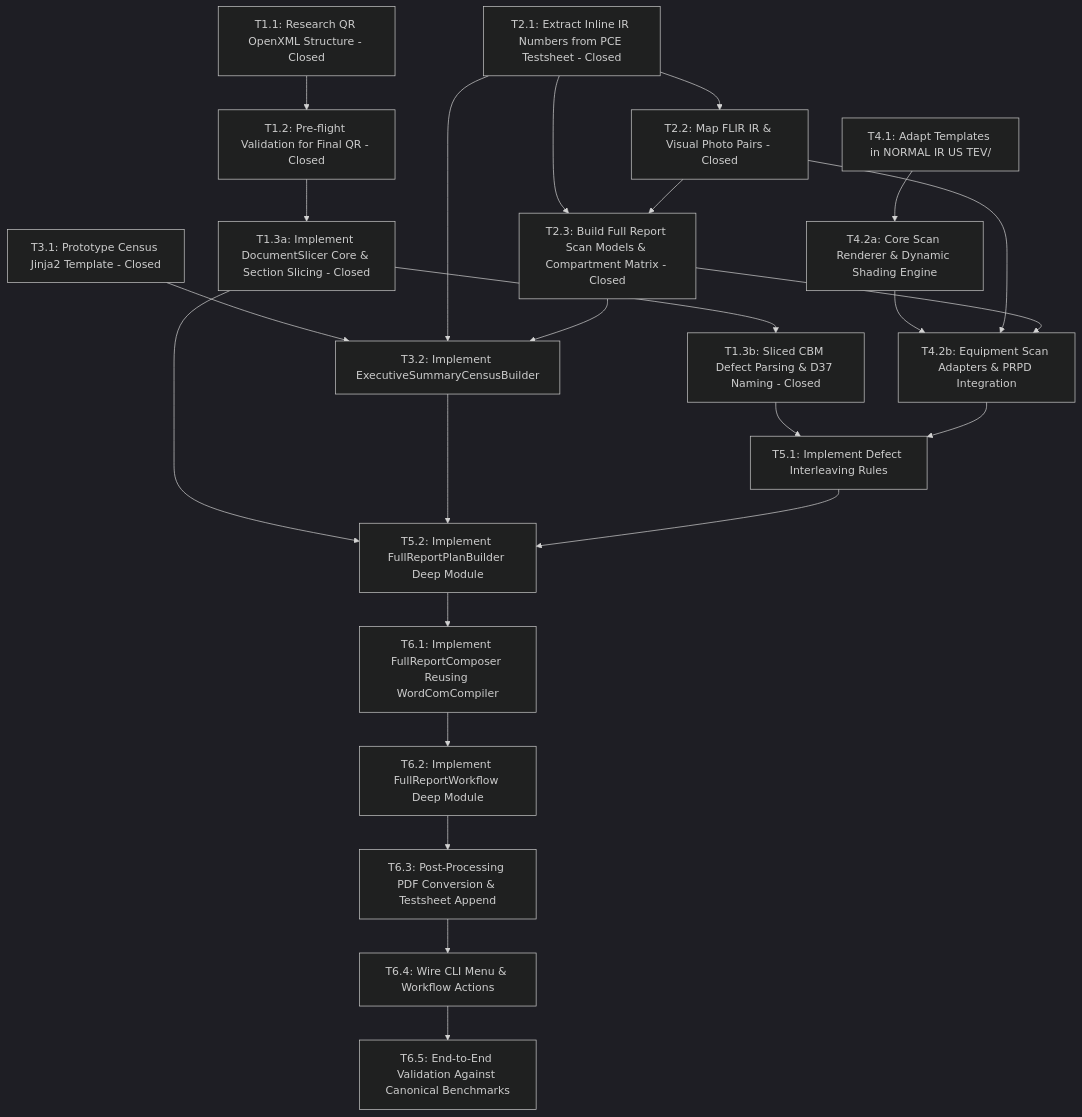
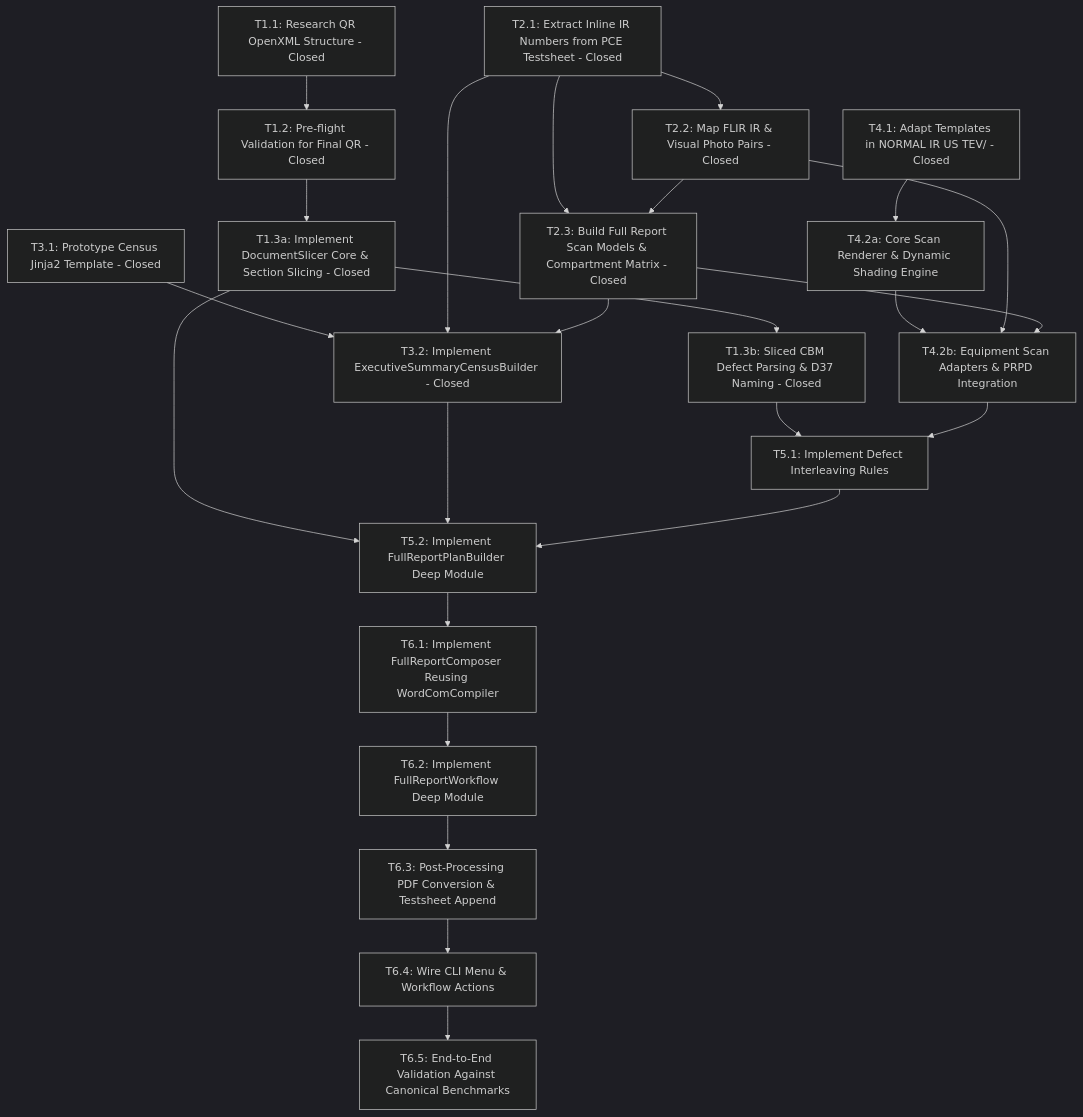
Before and after one commit to adamlarGit/pahang-cli: the diagram in .wayfinder/full-report-map/github-map-body.md, drawn with Mermaid (dark theme). The commit also changed other lines of this file and 13 other files, not shown here.

First line of the commit message:
feat(full-report): adapt component scanning templates (#29)

````diff
--- a/.wayfinder/full-report-map/github-map-body.md
+++ b/.wayfinder/full-report-map/github-map-body.md
@@ -126,32 +126,32 @@
 ```mermaid
 graph TD
     T1_1[T1.1: Research QR OpenXML Structure - Closed] --> T1_2[T1.2: Pre-flight Validation for Final QR - Closed]
     T1_2 --> T1_3a[T1.3a: Implement DocumentSlicer Core & Section Slicing - Closed]
     T1_3a --> T1_3b[T1.3b: Sliced CBM Defect Parsing & D37 Naming - Closed]
     
     T2_1[T2.1: Extract Inline IR Numbers from PCE Testsheet - Closed] --> T2_2[T2.2: Map FLIR IR & Visual Photo Pairs - Closed]
     T2_1 --> T2_3[T2.3: Build Full Report Scan Models & Compartment Matrix - Closed]
     T2_2 --> T2_3
     
-    T3_1[T3.1: Prototype Census Jinja2 Template - Closed] --> T3_2[T3.2: Implement ExecutiveSummaryCensusBuilder]
+    T3_1[T3.1: Prototype Census Jinja2 Template - Closed] --> T3_2[T3.2: Implement ExecutiveSummaryCensusBuilder - Closed]
     T2_1 --> T3_2
     T2_3 --> T3_2
     
-    T4_1[T4.1: Adapt Templates in NORMAL IR US TEV/] --> T4_2a[T4.2a: Core Scan Renderer & Dynamic Shading Engine]
+    T4_1[T4.1: Adapt Templates in NORMAL IR US TEV/ - Closed] --> T4_2a[T4.2a: Core Scan Renderer & Dynamic Shading Engine]
     T4_2a --> T4_2b[T4.2b: Equipment Scan Adapters & PRPD Integration]
     T2_2 --> T4_2b
     T2_3 --> T4_2b
     
     T1_3b --> T5_1[T5.1: Implement Defect Interleaving Rules]
     T4_2b --> T5_1
     
     T1_3a --> T5_2[T5.2: Implement FullReportPlanBuilder Deep Module]
     T3_2 --> T5_2
     T5_1 --> T5_2
     
     T5_2 --> T6_1[T6.1: Implement FullReportComposer Reusing WordComCompiler]
     T6_1 --> T6_2[T6.2: Implement FullReportWorkflow Deep Module]
     T6_2 --> T6_3[T6.3: Post-Processing PDF Conversion & Testsheet Append]
     T6_3 --> T6_4[T6.4: Wire CLI Menu & Workflow Actions]
     T6_4 --> T6_5[T6.5: End-to-End Validation Against Canonical Benchmarks]
 ```
````
